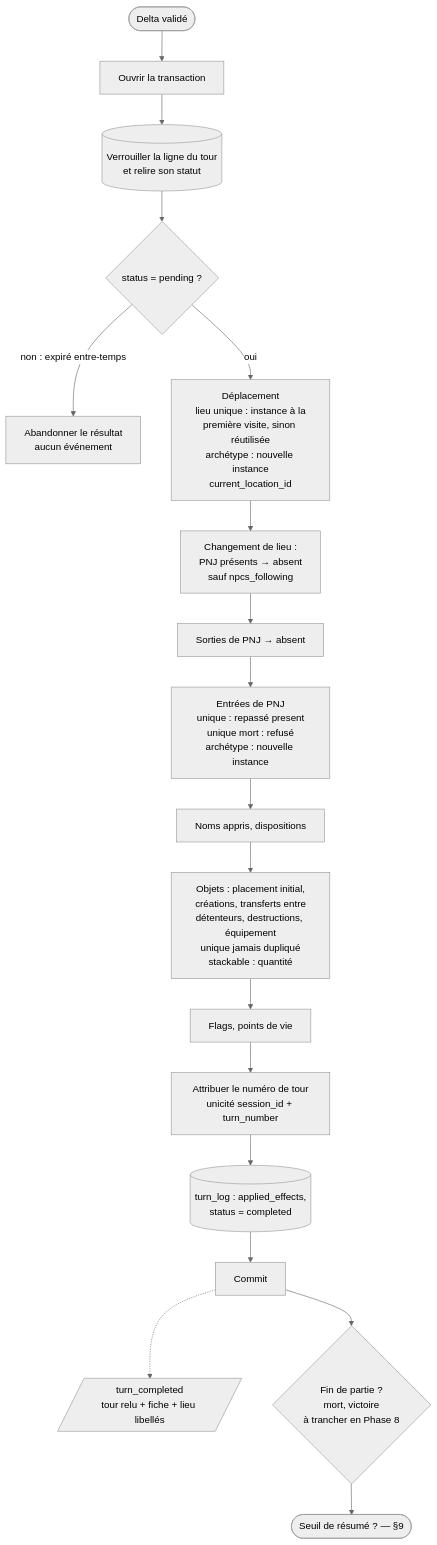
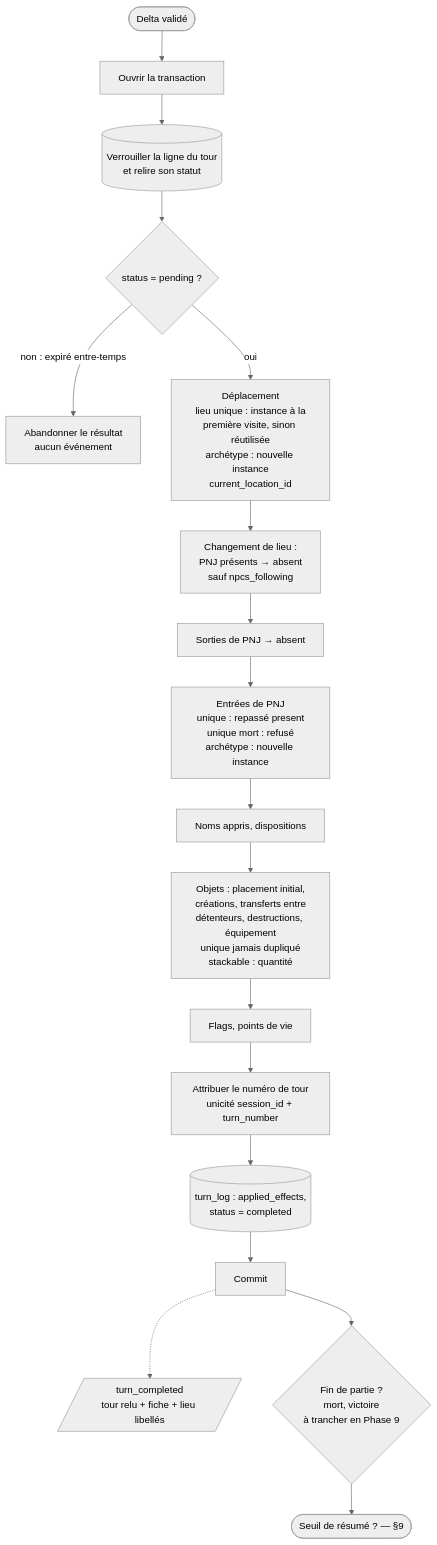
Before and after one commit to cyrilpointet/wanderlore: the tenth of 14 diagrams in doc/flux-backend-tour-de-jeu-mj-virtuel.md, drawn with Mermaid (neutral theme). The commit also changed other lines of this file and 26 other files, not shown here.

````diff
--- a/doc/flux-backend-tour-de-jeu-mj-virtuel.md
+++ b/doc/flux-backend-tour-de-jeu-mj-virtuel.md
@@ -300,20 +300,20 @@
 ```mermaid
 flowchart TD
     A([Delta validé]) --> B[Ouvrir la transaction]
     B --> C[(Verrouiller la ligne du tour<br/>et relire son statut)]
     C --> D{status = pending ?}
     D -->|non : expiré entre-temps| D1[Abandonner le résultat<br/>aucun événement]
     D -->|oui| M[Déplacement<br/>lieu unique : instance à la<br/>première visite, sinon réutilisée<br/>archétype : nouvelle instance<br/>current_location_id]
     M --> N[Changement de lieu :<br/>PNJ présents → absent<br/>sauf npcs_following]
     N --> O[Sorties de PNJ → absent]
     O --> P[Entrées de PNJ<br/>unique : repassé present<br/>unique mort : refusé<br/>archétype : nouvelle instance]
     P --> Q[Noms appris, dispositions]
     Q --> R[Objets : placement initial,<br/>créations, transferts entre<br/>détenteurs, destructions, équipement<br/>unique jamais dupliqué<br/>stackable : quantité]
     R --> S[Flags, points de vie]
     S --> T[Attribuer le numéro de tour<br/>unicité session_id + turn_number]
     T --> U[(turn_log : applied_effects,<br/>status = completed)]
     U --> V[Commit]
     V -.-> W[/turn_completed<br/>tour relu + fiche + lieu libellés/]
-    V --> Z{Fin de partie ?<br/>mort, victoire<br/>à trancher en Phase 8}
+    V --> Z{Fin de partie ?<br/>mort, victoire<br/>à trancher en Phase 9}
     Z --> J([Seuil de résumé ? — §9])
 ```
````
